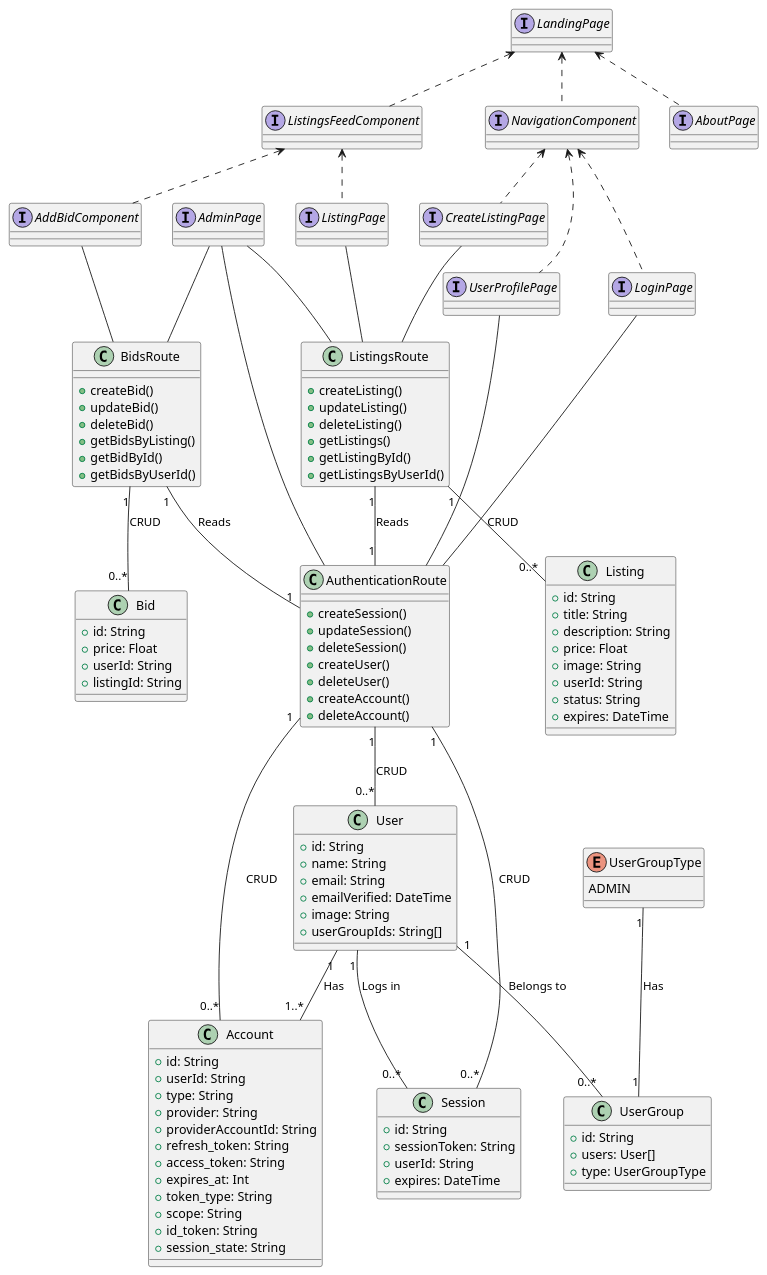
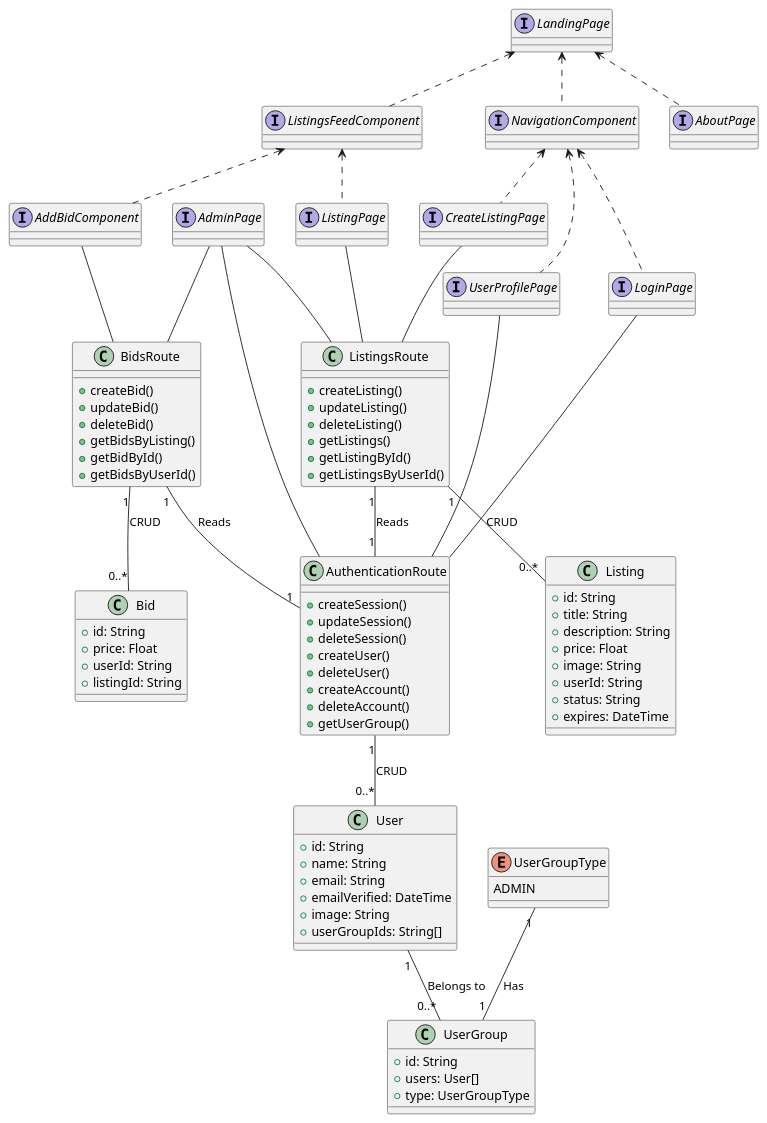
Before and after one commit to martinmiglio/CS471-Project: the diagram in uml/class_diagram.puml, drawn with PlantUML.

Commit message:
remove unmanaged classes from diagram

```diff
--- a/uml/class_diagram.puml
+++ b/uml/class_diagram.puml
@@ -1,148 +1,149 @@
 @startuml ClassDiagram
 
-class Account {
-  +id: String
-  +userId: String
-  +type: String
-  +provider: String
-  +providerAccountId: String
-  +refresh_token: String
-  +access_token: String
-  +expires_at: Int
-  +token_type: String
-  +scope: String
-  +id_token: String
-  +session_state: String
-}
+' class Account {
+'   +id: String
+'   +userId: String
+'   +type: String
+'   +provider: String
+'   +providerAccountId: String
+'   +refresh_token: String
+'   +access_token: String
+'   +expires_at: Int
+'   +token_type: String
+'   +scope: String
+'   +id_token: String
+'   +session_state: String
+' }
 
-class Session {
-  +id: String
-  +sessionToken: String
-  +userId: String
-  +expires: DateTime
-}
+' class Session {
+'   +id: String
+'   +sessionToken: String
+'   +userId: String
+'   +expires: DateTime
+' }
 
 class User {
   +id: String
   +name: String
   +email: String
   +emailVerified: DateTime
   +image: String
   +userGroupIds: String[]
 }
 
 class Listing {
   +id: String
   +title: String
   +description: String
   +price: Float
   +image: String
   +userId: String
   +status: String
   +expires: DateTime
 }
 
 class Bid {
   +id: String
   +price: Float
   +userId: String
   +listingId: String
 }
 enum UserGroupType {
   ADMIN
 }
 
 class UserGroup {
   +id: String
   +users: User[]
   +type: UserGroupType
 }
 
 ' associations between entities
 UserGroupType "1" -- "1" UserGroup : Has
-User "1" -- "0..*" Session : Logs in
-User "1" -- "1..*" Account : Has
+' User "1" -- "0..*" Session : Logs in
+' User "1" -- "1..*" Account : Has
 User "1" -- "0..*" UserGroup : Belongs to
 
 
 
 class ListingsRoute {
   +createListing()
   +updateListing()
   +deleteListing()
   +getListings()
   +getListingById()
   +getListingsByUserId()
 }
 
 class AuthenticationRoute {
   +createSession()
   +updateSession()
   +deleteSession()
   +createUser()
   +deleteUser()
   +createAccount()
   +deleteAccount()
+  +getUserGroup()
 }
 
 class BidsRoute {
   +createBid()
   +updateBid()
   +deleteBid()
   +getBidsByListing()
   +getBidById()
   +getBidsByUserId()
 }
 
 ' associations between routes and entities
-AuthenticationRoute "1" -- "0..*" Session : CRUD
+' AuthenticationRoute "1" -- "0..*" Session : CRUD
 AuthenticationRoute "1" -- "0..*" User : CRUD
-AuthenticationRoute "1" -- "0..*" Account : CRUD
+' AuthenticationRoute "1" -- "0..*" Account : CRUD
 
 ListingsRoute "1" -- "0..*" Listing : CRUD
 ListingsRoute "1" -- "1" AuthenticationRoute : Reads
 
 BidsRoute "1" -- "0..*" Bid : CRUD
 BidsRoute "1" -- "1" AuthenticationRoute : Reads
 
 
 interface LandingPage
 interface AboutPage
 interface LoginPage
 interface ListingPage
 interface CreateListingPage
 interface UserProfilePage
 interface AdminPage
 interface NavigationComponent
 interface ListingsFeedComponent
 interface AddBidComponent
 
 
 ' dependency graph of pages and components
 LandingPage <.. AboutPage
 LandingPage <.. NavigationComponent
 LandingPage <.. ListingsFeedComponent
 
 NavigationComponent <.. LoginPage
 NavigationComponent <.. CreateListingPage
 NavigationComponent <.. UserProfilePage
 
 ListingsFeedComponent <.. AddBidComponent
 ListingsFeedComponent <.. ListingPage
 
 
 ' these are the routes that the pages and components are connected to
 ' these connections im unsure of how to represent
 LoginPage -- AuthenticationRoute
 ListingPage -- ListingsRoute
 CreateListingPage -- ListingsRoute
 UserProfilePage -- AuthenticationRoute
 AdminPage -- AuthenticationRoute
 AdminPage -- ListingsRoute
 AdminPage -- BidsRoute
 AddBidComponent -- BidsRoute
 
 
 
 
 @enduml
```
